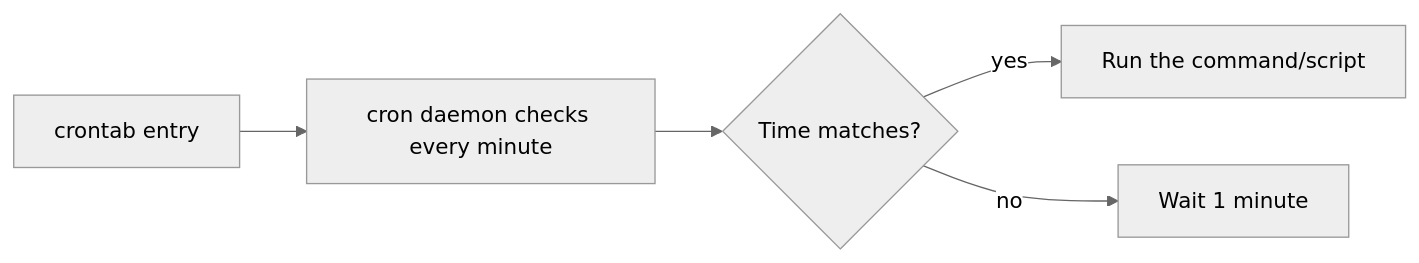
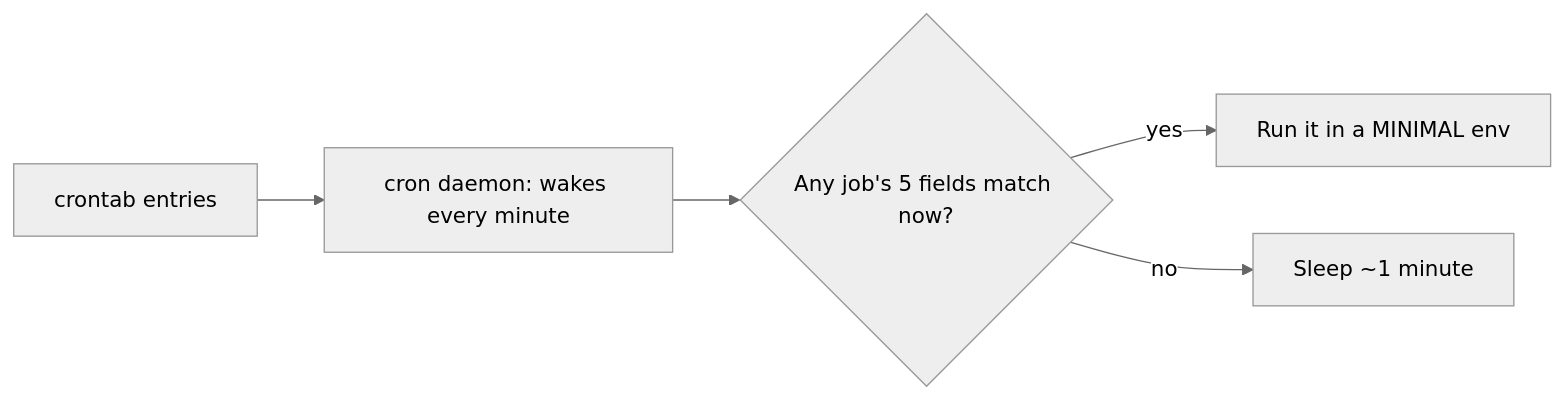
The diagram in 11-automation-and-cron/what-is-cron.md (cloud-prakhar/learning-linux), drawn with Mermaid (neutral theme) before and after one commit. The commit also changed other lines of this file and 69 other files, not shown here.

````diff
--- a/11-automation-and-cron/what-is-cron.md
+++ b/11-automation-and-cron/what-is-cron.md
@@ -29,7 +34,7 @@
 ```mermaid
 flowchart LR
-    Crontab[crontab entry] --> Cron[cron daemon checks every minute]
-    Cron --> Match{Time matches?}
-    Match -->|yes| Run[Run the command/script]
-    Match -->|no| Wait[Wait 1 minute]
+    Crontab[crontab entries] --> Cron[cron daemon: wakes every minute]
+    Cron --> Match{Any job's 5 fields match now?}
+    Match -->|yes| Run[Run it in a MINIMAL env]
+    Match -->|no| Wait[Sleep ~1 minute]
 ```
````
